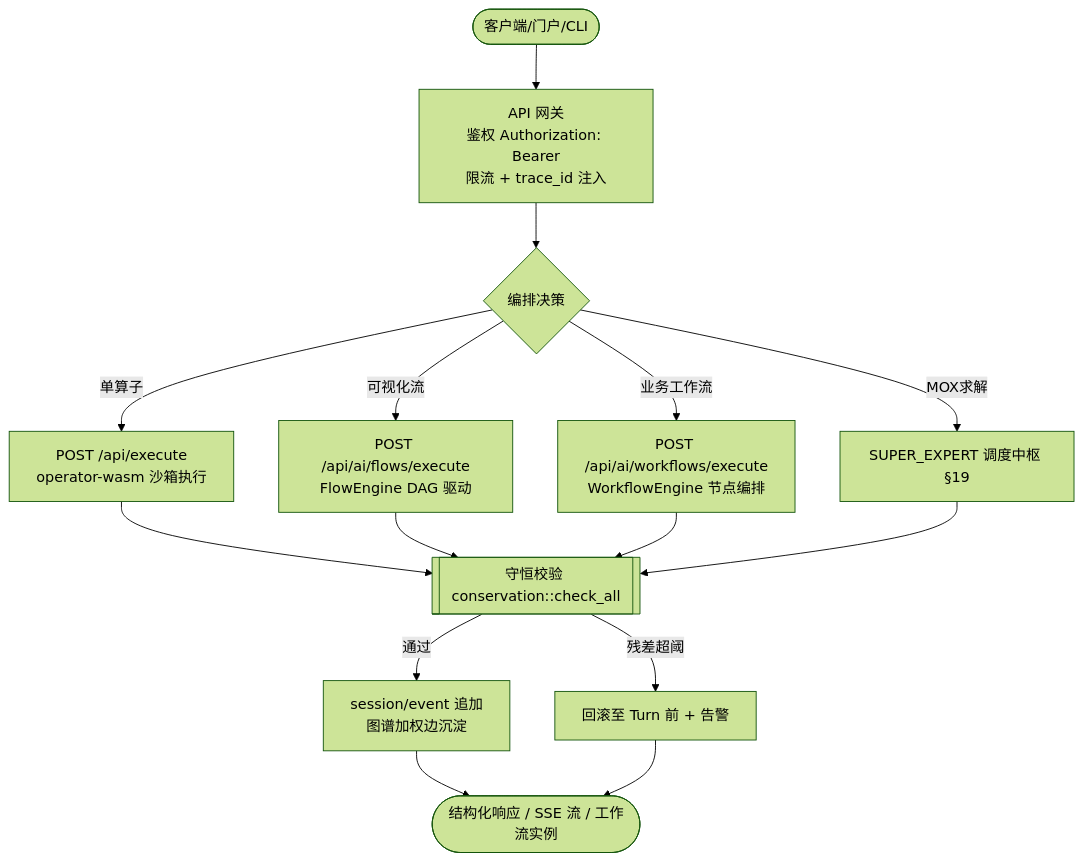
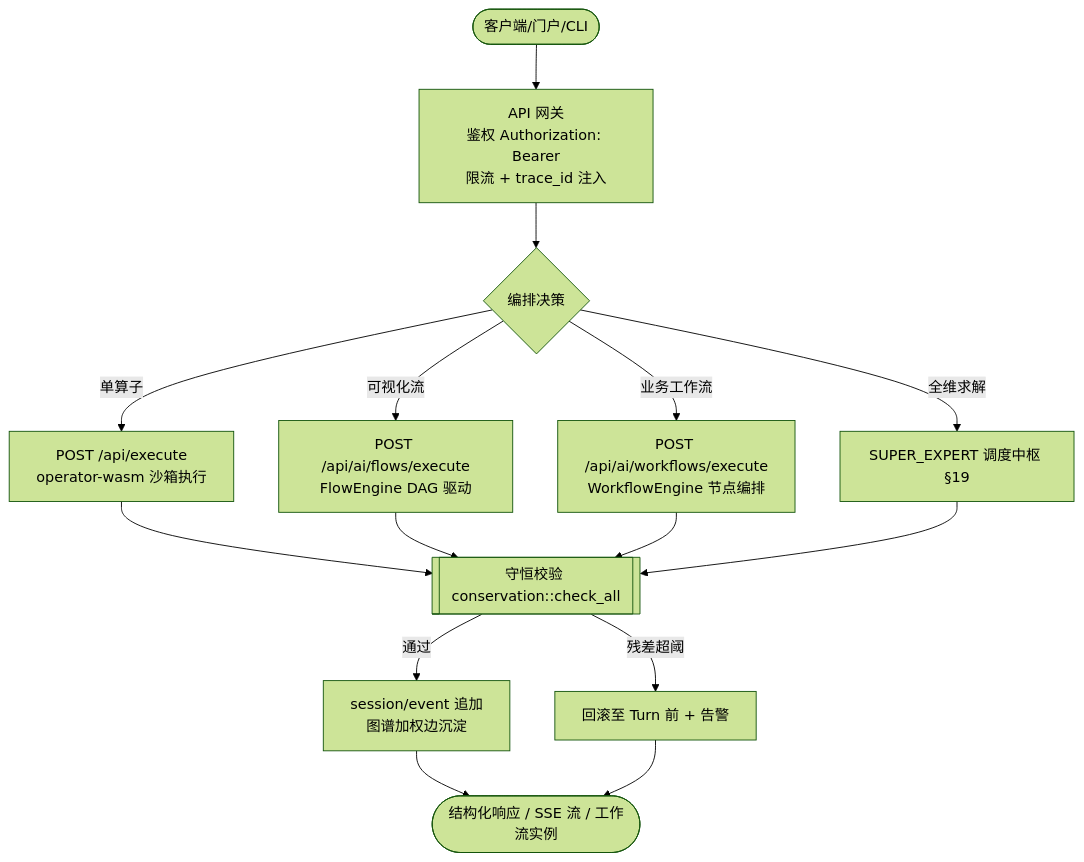
One commit to aikjx/mox changed the second of 16 diagrams in docs/modules/business-process-flowcharts.md. Above: the diagram before and after it, drawn with Mermaid (forest theme). The commit also changed other lines of this file and 184 other files, not shown here.

````diff
--- a/docs/modules/business-process-flowcharts.md
+++ b/docs/modules/business-process-flowcharts.md
@@ -55,17 +55,17 @@
 ```mermaid
 flowchart TD
     A([客户端/门户/CLI]) --> B[API 网关\n鉴权 Authorization: Bearer\n限流 + trace_id 注入]
     B --> C{编排决策}
     C -->|单算子| D[POST /api/execute\noperator-wasm 沙箱执行]
     C -->|可视化流| E[POST /api/ai/flows/execute\nFlowEngine DAG 驱动]
     C -->|业务工作流| F[POST /api/ai/workflows/execute\nWorkflowEngine 节点编排]
-    C -->|MOX求解| G[SUPER_EXPERT 调度中枢 §19]
+    C -->|全维求解| G[SUPER_EXPERT 调度中枢 §19]
     D --> H[[守恒校验 conservation::check_all]]
     E --> H
     F --> H
     G --> H
     H -->|通过| I[session/event 追加\n图谱加权边沉淀]
     H -->|残差超阈| J[回滚至 Turn 前 + 告警]
     I --> K([结构化响应 / SSE 流 / 工作流实例])
     J --> K
 ```
````
